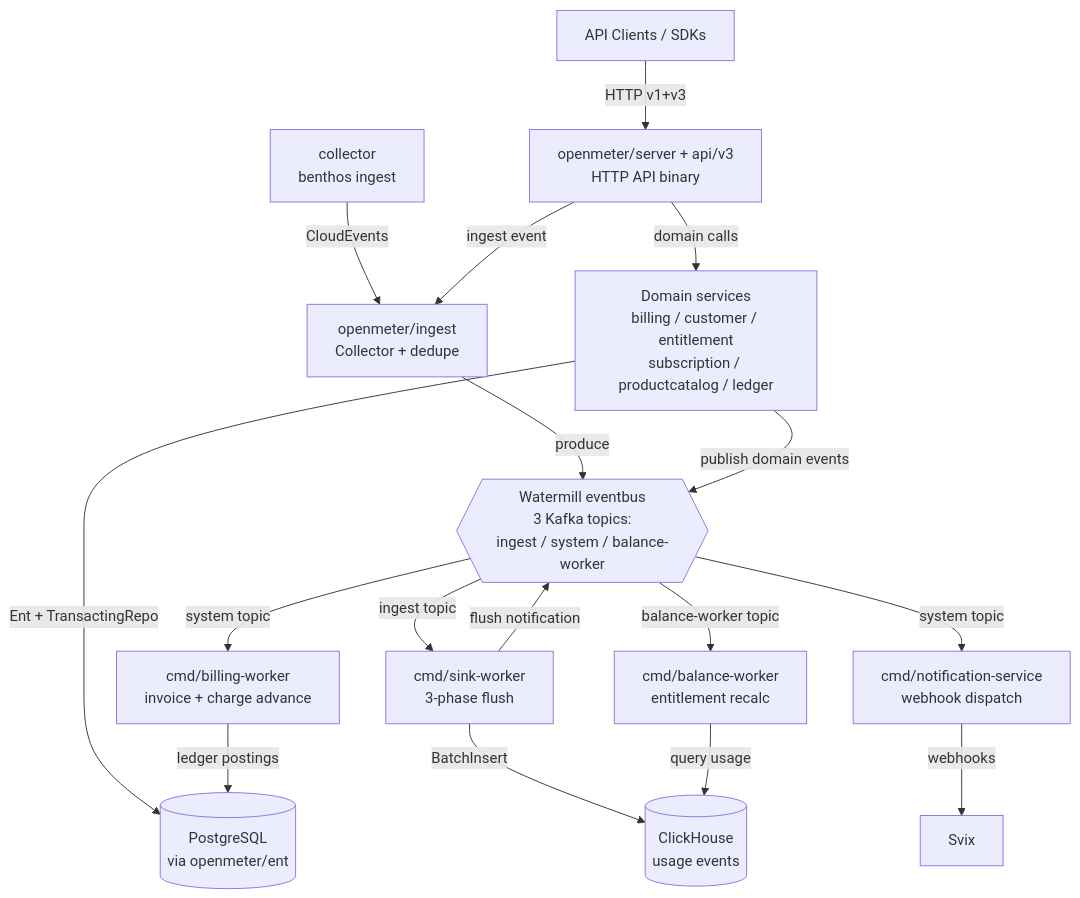
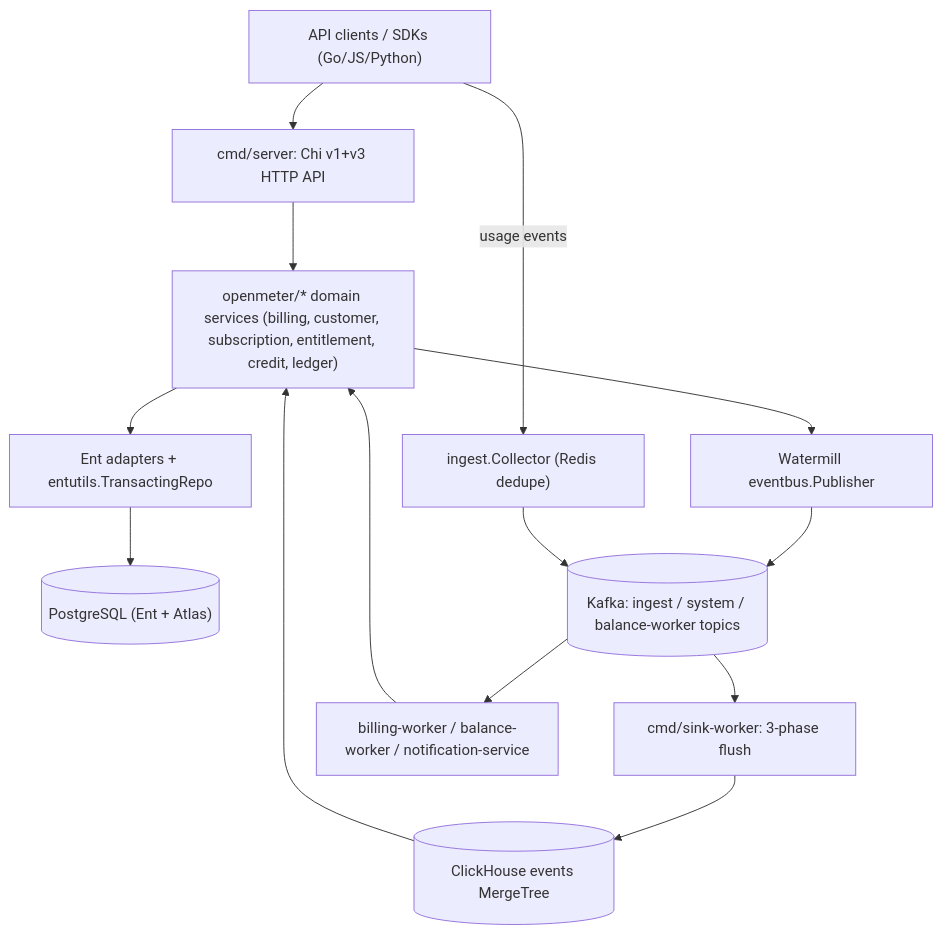
Before and after one commit to openmeterio/openmeter: the first of 2 diagrams in AGENTS.md, drawn with Mermaid. The commit also changed other lines of this file and 37 other files, not shown here.

````diff
--- a/AGENTS.md
+++ b/AGENTS.md
@@ -55,19 +55,16 @@
 ```mermaid
 graph TD
-  Client[API Clients / SDKs] -->|HTTP v1+v3| Server[openmeter/server + api/v3<br/>HTTP API binary]
-  Collector[collector<br/>benthos ingest] -->|CloudEvents| Ingest[openmeter/ingest<br/>Collector + dedupe]
-  Server -->|domain calls| Domains[Domain services<br/>billing / customer / entitlement<br/>subscription / productcatalog / ledger]
-  Domains -->|Ent + TransactingRepo| Postgres[(PostgreSQL<br/>via openmeter/ent)]
-  Server -->|ingest event| Ingest
-  Ingest -->|produce| Kafka{{Watermill eventbus<br/>3 Kafka topics:<br/>ingest / system / balance-worker}}
-  Domains -->|publish domain events| Kafka
-  Kafka -->|ingest topic| Sink[cmd/sink-worker<br/>3-phase flush]
-  Sink -->|BatchInsert| ClickHouse[(ClickHouse<br/>usage events)]
-  Sink -->|flush notification| Kafka
-  Kafka -->|balance-worker topic| Balance[cmd/balance-worker<br/>entitlement recalc]
-  Balance -->|query usage| ClickHouse
-  Kafka -->|system topic| Billing[cmd/billing-worker<br/>invoice + charge advance]
-  Billing -->|ledger postings| Postgres
-  Kafka -->|system topic| Notif[cmd/notification-service<br/>webhook dispatch]
-  Notif -->|webhooks| Svix[Svix]
+  Client["API clients / SDKs (Go/JS/Python)"] --> Server["cmd/server: Chi v1+v3 HTTP API"]
+  Server --> Domains["openmeter/* domain services (billing, customer, subscription, entitlement, credit, ledger)"]
+  Domains --> Ent["Ent adapters + entutils.TransactingRepo"]
+  Ent --> Postgres[("PostgreSQL (Ent + Atlas)")]
+  Domains --> EventBus["Watermill eventbus.Publisher"]
+  EventBus --> Kafka[("Kafka: ingest / system / balance-worker topics")]
+  Client -->|usage events| Ingest["ingest.Collector (Redis dedupe)"]
+  Ingest --> Kafka
+  Kafka --> Sink["cmd/sink-worker: 3-phase flush"]
+  Sink --> ClickHouse[("ClickHouse events MergeTree")]
+  Kafka --> Workers["billing-worker / balance-worker / notification-service"]
+  Workers --> Domains
+  ClickHouse --> Domains
 ```
````
